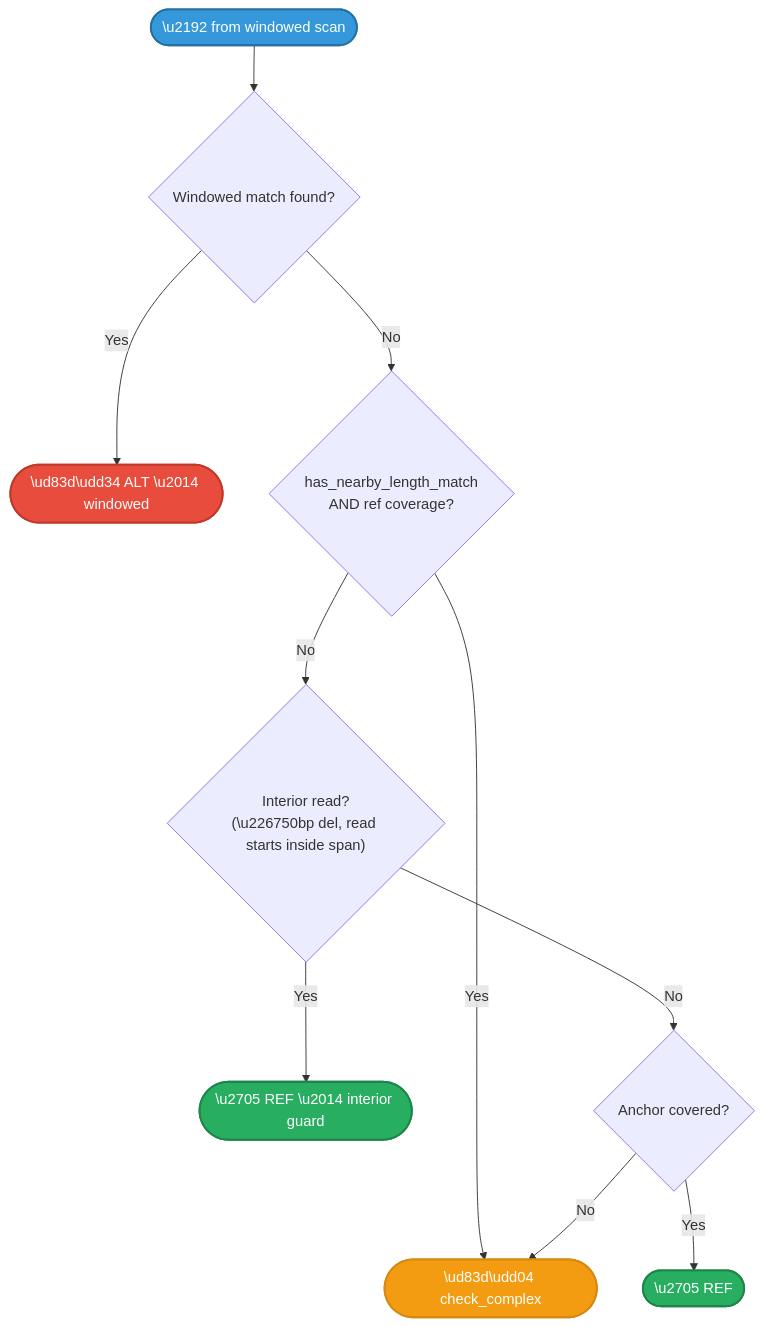
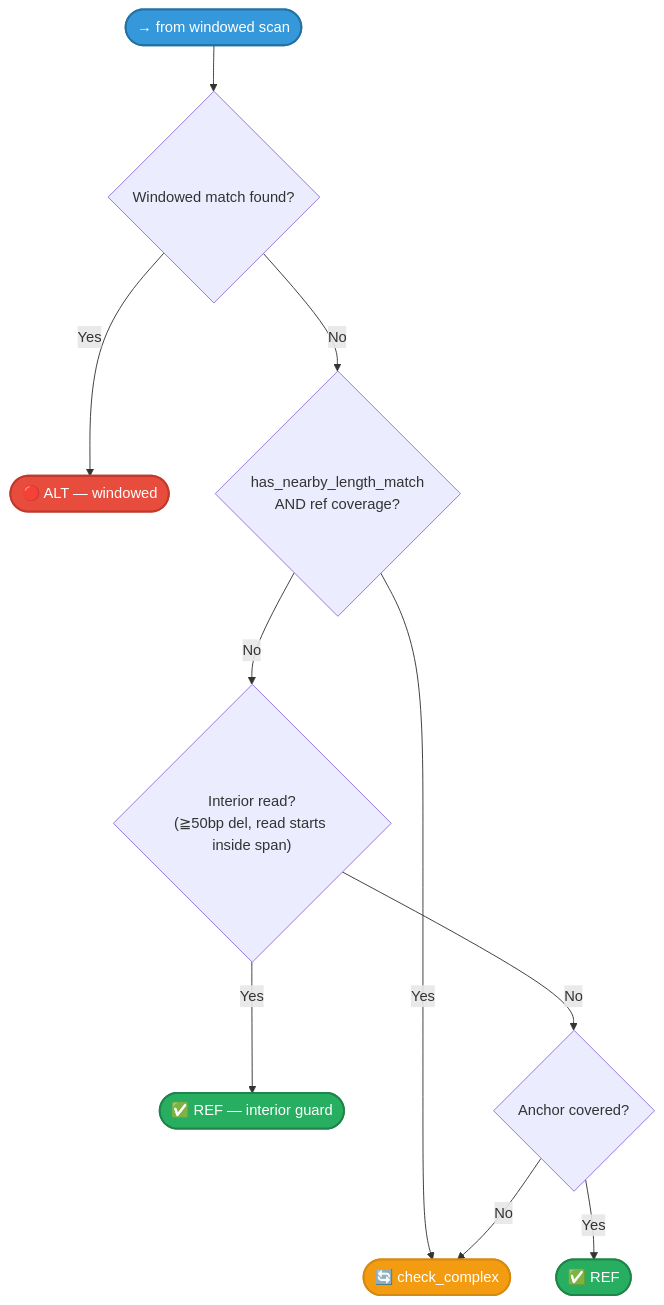
One commit to msk-access/gbcms changed the seventh of 12 diagrams in docs/reference/allele-classification.md. Above: the diagram before and after it, drawn with Mermaid. The commit also changed other lines of this file and 4 other files, not shown here.

````diff
--- a/docs/reference/allele-classification.md
+++ b/docs/reference/allele-classification.md
@@ -305,17 +305,17 @@
 ```mermaid
 flowchart TD
-    EvalIn(["\u2192 from windowed scan"]):::entry --> Win{"Windowed match found?"}
-    Win -->|Yes| WinAlt(["\ud83d\udd34 ALT \u2014 windowed"]):::alt
+    EvalIn(["→ from windowed scan"]):::entry --> Win{"Windowed match found?"}
+    Win -->|Yes| WinAlt(["🔴 ALT — windowed"]):::alt
     Win -->|No| P3Check{"has_nearby_length_match\nAND ref coverage?"}
-    P3Check -->|Yes| CPX(["\ud83d\udd04 check_complex"]):::fallback
-    P3Check -->|No| Interior{"Interior read?\n(\u226750bp del, read starts inside span)"}
-    Interior -->|Yes| IntRef(["\u2705 REF \u2014 interior guard"]):::ref
+    P3Check -->|Yes| CPX(["🔄 check_complex"]):::fallback
+    P3Check -->|No| Interior{"Interior read?\n(≧50bp del, read starts inside span)"}
+    Interior -->|Yes| IntRef(["✅ REF — interior guard"]):::ref
     Interior -->|No| HasRef{"Anchor covered?"}
-    HasRef -->|Yes| Ref(["\u2705 REF"]):::ref
+    HasRef -->|Yes| Ref(["✅ REF"]):::ref
     HasRef -->|No| CPX
 
     classDef entry fill:#3498db,color:#fff,stroke:#2471a3,stroke-width:2px;
     classDef ref fill:#27ae60,color:#fff,stroke:#1e8449,stroke-width:2px;
     classDef alt fill:#e74c3c,color:#fff,stroke:#c0392b,stroke-width:2px;
     classDef fallback fill:#f39c12,color:#fff,stroke:#d68910,stroke-width:2px;
 ```
````
